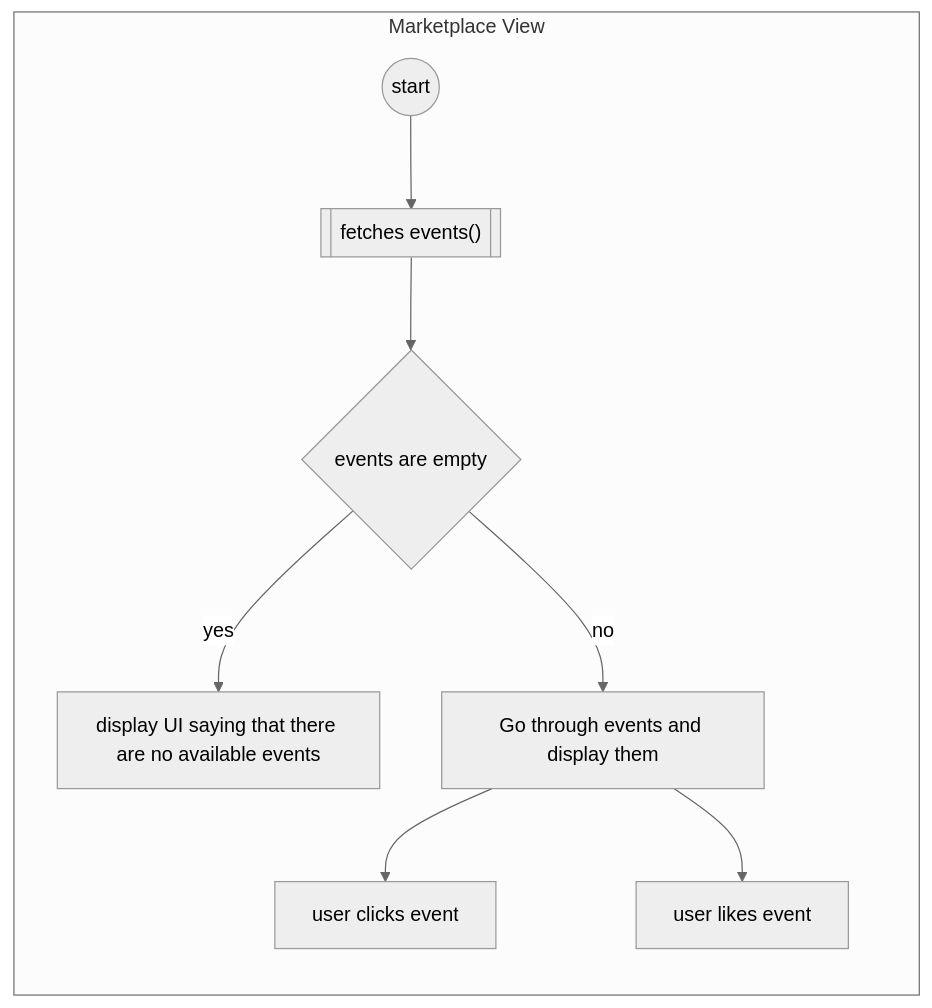
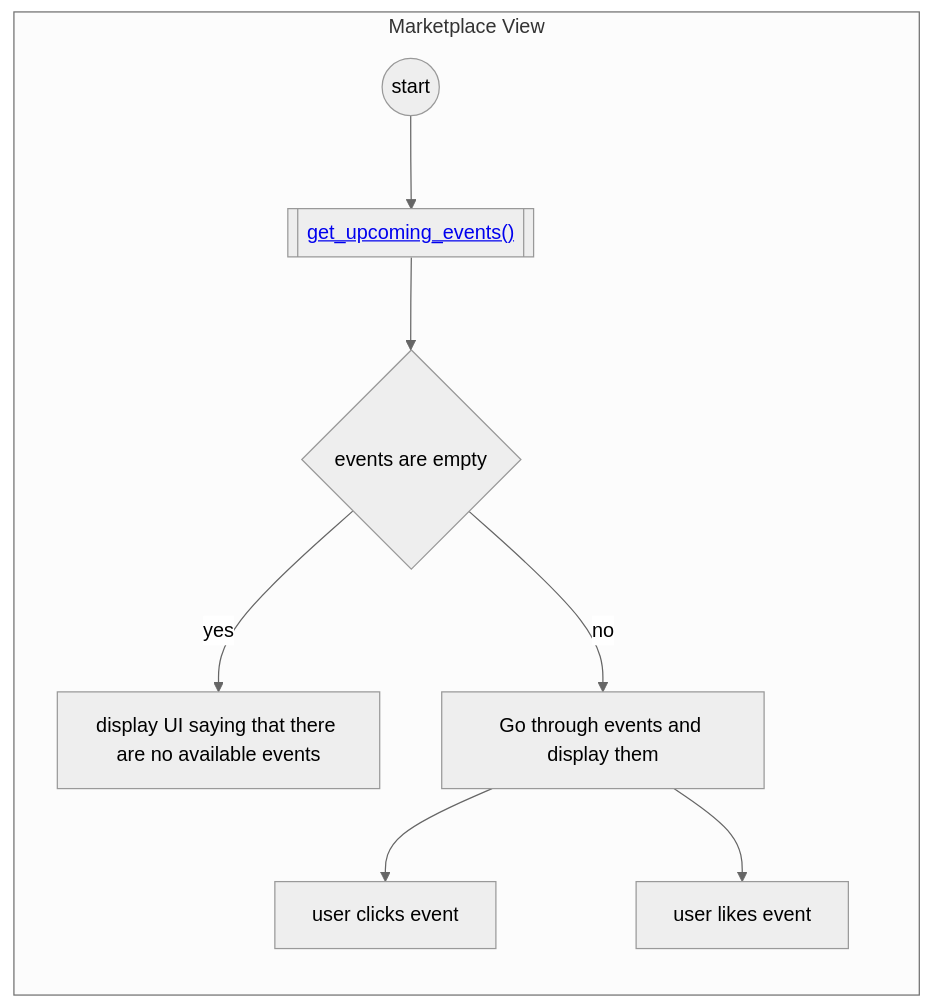
Before and after one commit to Lenninssp/Cannin-Tickets: the third of 11 diagrams in docs/dashboard.md, drawn with Mermaid (neutral theme). The commit also changed other lines of this file and 2 other files, not shown here.

````diff
--- a/docs/dashboard.md
+++ b/docs/dashboard.md
@@ -32,14 +41,14 @@
 ```mermaid
 flowchart TD
   subgraph marketplace_view [Marketplace View]
   start((start))-->A
-  A[["fetches events()"]]
+  A[["<a href="#get-upcoming-events">get_upcoming_events()</a>"]]
   A --> B{events are empty}
   B -- yes --> Berr[display UI saying that there are no available events]
   B -- no --> C[Go through events and display them]
   C --> C1[user clicks event] & C2[user likes event]
   direction TB
 
   end
 
 ```
````
